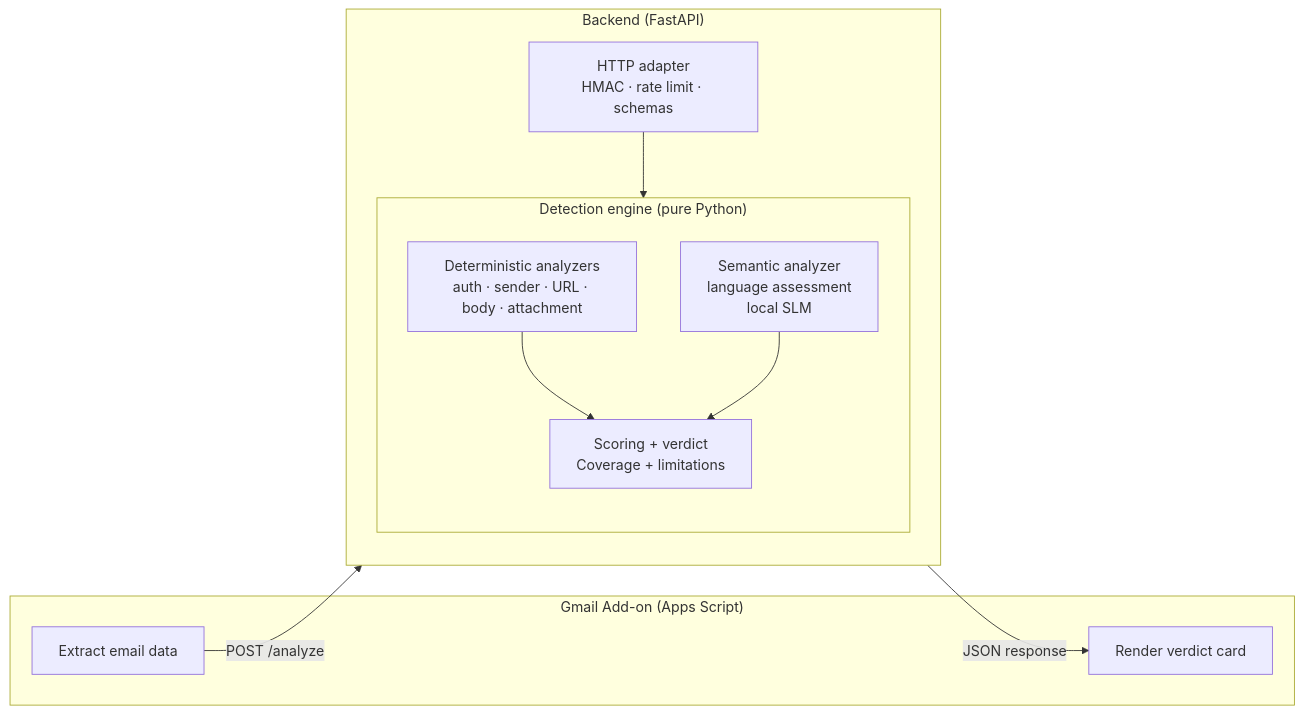
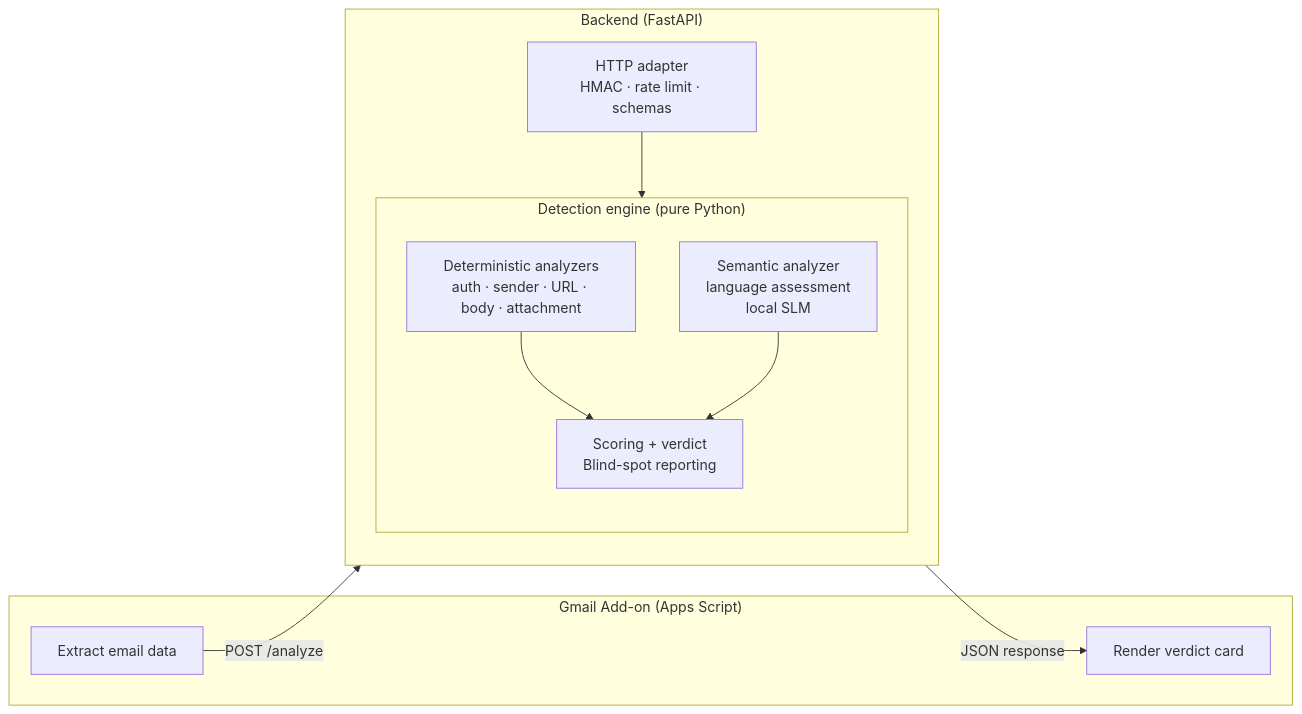
Before and after one commit to noanono1/gmail-malicious-email-scorer: the diagram in README.md, drawn with Mermaid. The commit also changed other lines of this file and 2 other files, not shown here.

Commit message:
docs(README, ROADMAP, detection-policy): update documentation for clarity and accuracy; enhance descriptions and add some missing details

````diff
--- a/README.md
+++ b/README.md
@@ -35,24 +35,24 @@
 ```mermaid
 flowchart LR
     subgraph Client["Gmail Add-on (Apps Script)"]
         EX[Extract email data]
         UI[Render verdict card]
     end
 
     subgraph Backend["Backend (FastAPI)"]
         direction TB
         HTTP["HTTP adapter<br/>HMAC · rate limit · schemas"]
         subgraph Engine["Detection engine (pure Python)"]
             direction TB
             DET["Deterministic analyzers<br/>auth · sender · URL · body · attachment"]
             SEM["Semantic analyzer<br/>language assessment<br/>local SLM"]
-            SCORE["Scoring + verdict<br/>Coverage + limitations"]
+            SCORE["Scoring + verdict<br/>Blind-spot reporting"]
             DET --> SCORE
             SEM --> SCORE
         end
         HTTP --> Engine
     end
 
     EX -- "POST /analyze" --> HTTP
     SCORE -- "JSON response" --> UI
 ```
````
